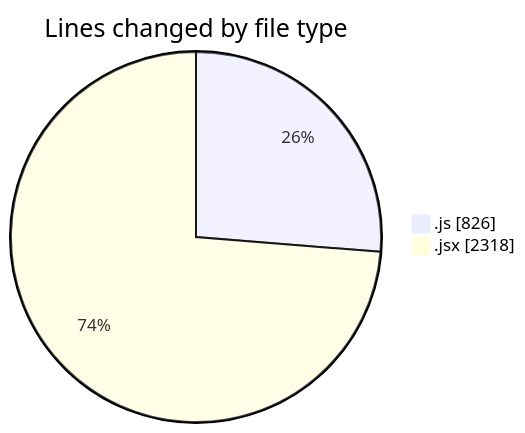
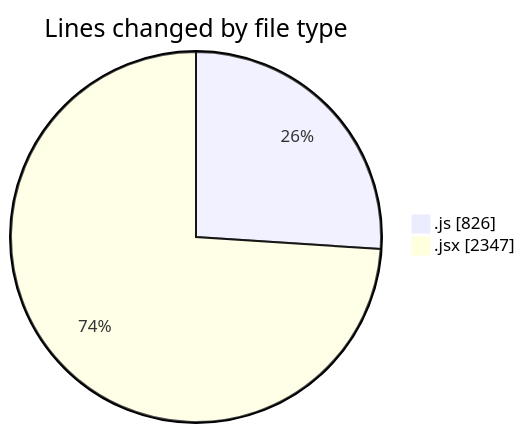
One commit to nxtqubesakshisongat/code-tracking changed the first of 2 diagrams in 2025-10-29/nxtqube_webapp/README.md. Above: the diagram before and after it, drawn with Mermaid. The commit also changed other lines of this file and 1 other file, not shown here.

````diff
--- a/2025-10-29/nxtqube_webapp/README.md
+++ b/2025-10-29/nxtqube_webapp/README.md
@@ -22,6 +23,6 @@
 ```mermaid
 pie showData
 title Lines changed by file type
 ".js" : 826
-".jsx" : 2318
+".jsx" : 2347
 ```
````
